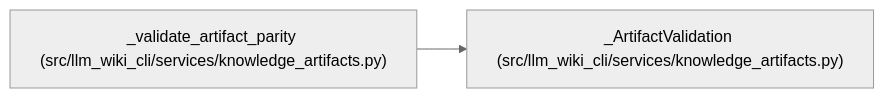
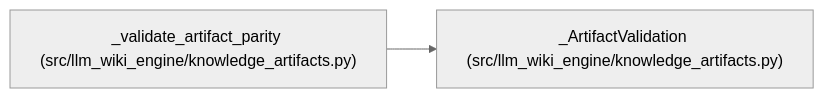
Before and after one commit to Denissvgn/python-wiki-llm: the diagram in docs/llm_wiki/entities/ArtifactValidation.md, drawn with Mermaid (neutral theme). The commit also changed other lines of this file and 1058 other files, not shown here.

First line of the commit message:
docs: refresh the wiki for the knowledge store move

````diff
--- a/docs/llm_wiki/entities/ArtifactValidation.md
+++ b/docs/llm_wiki/entities/ArtifactValidation.md
@@ -26,8 +26,8 @@
 ```mermaid
 flowchart LR
-    n0["_ArtifactValidation (src/llm_wiki_cli/services/knowledge_artifacts.py)"]
-    n1["_validate_artifact_parity (src/llm_wiki_cli/services/knowledge_artifacts.py)"]
+    n0["_ArtifactValidation (src/llm_wiki_engine/knowledge_artifacts.py)"]
+    n1["_validate_artifact_parity (src/llm_wiki_engine/knowledge_artifacts.py)"]
     n1 --> n0
     click n0 "../modules/knowledge_artifacts.md"
     click n1 "../modules/knowledge_artifacts.md"
 ```
````
